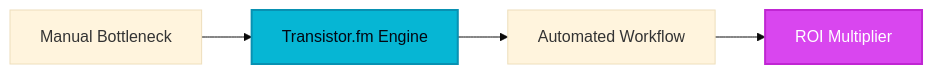
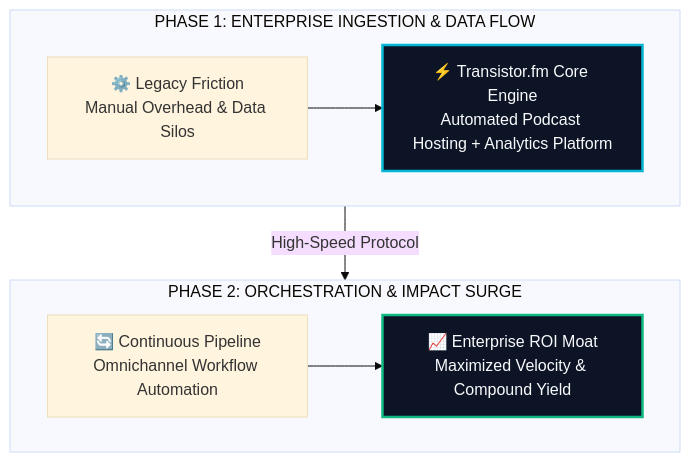
The diagram in site/src/content/blog/transistor-fm.md (heliatech-media/saas-radar), drawn with Mermaid (base theme) before and after one commit. The commit also changed 97 other files, not shown here.

First line of the commit message:
feat(diagrams): upgrade all article architecture schemas to high-impact 2-tier responsive vector blueprints

````diff
--- a/site/src/content/blog/transistor-fm.md
+++ b/site/src/content/blog/transistor-fm.md
@@ -64,8 +64,14 @@
 ```mermaid
-flowchart LR
-    A[Manual Bottleneck] --> B[Transistor.fm Engine]
-    B --> C[Automated Workflow]
-    C --> D[ROI Multiplier]
-    style B fill:#06b6d4,stroke:#0891b2,stroke-width:2px,color:#030712
-    style D fill:#d946ef,stroke:#c026d3,stroke-width:2px,color:#ffffff
+flowchart TD
+    subgraph S1["PHASE 1: ENTERPRISE INGESTION & DATA FLOW"]
+        direction LR
+        A["⚙️ Legacy Friction<br/>Manual Overhead & Data Silos"] --> B["⚡ Transistor.fm Core Engine<br/>Automated Podcast Hosting + Analytics Platform"]
+    end
+    subgraph S2["PHASE 2: ORCHESTRATION & IMPACT SURGE"]
+        direction LR
+        C["🔄 Continuous Pipeline<br/>Omnichannel Workflow Automation"] --> D["📈 Enterprise ROI Moat<br/>Maximized Velocity & Compound Yield"]
+    end
+    S1 -->|High-Speed Protocol| S2
+    style B fill:#0c1425,stroke:#06b6d4,stroke-width:2.5px,color:#f8fafc
+    style D fill:#0c1425,stroke:#10b981,stroke-width:2.5px,color:#f8fafc
 ```
````
